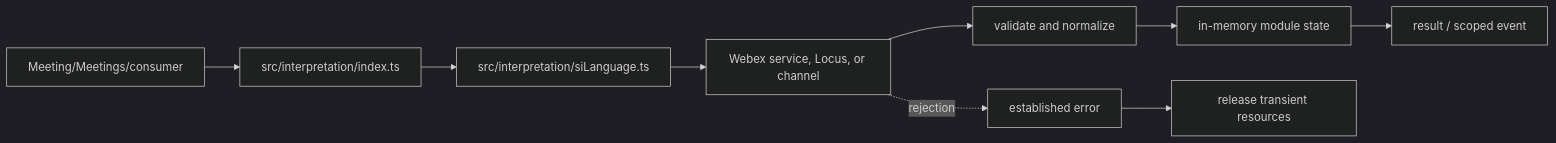
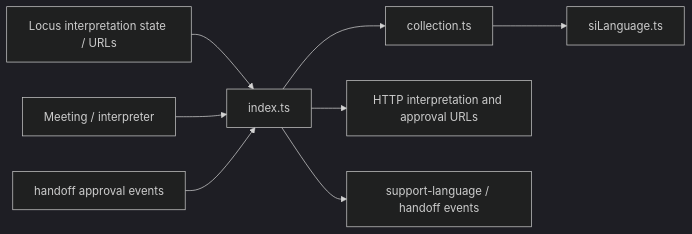
One commit to webex/webex-js-sdk changed the first of 5 diagrams in packages/@webex/plugin-meetings/src/interpretation/ai-docs/interpretation-spec.md. Above: the diagram before and after it, drawn with Mermaid (dark theme). The commit also changed other lines of this file and 26 other files, not shown here.

````diff
--- a/packages/@webex/plugin-meetings/src/interpretation/ai-docs/interpretation-spec.md
+++ b/packages/@webex/plugin-meetings/src/interpretation/ai-docs/interpretation-spec.md
@@ -96,11 +102,10 @@
 ```mermaid
 flowchart LR
-  Caller[Meeting/Meetings/consumer] --> Entry[src/interpretation/index.ts]
-  Entry --> Support[src/interpretation/siLanguage.ts]
-  Support --> Boundary[Webex service, Locus, or channel]
-  Boundary --> Normalize[validate and normalize]
-  Normalize --> State[in-memory module state]
-  State --> Output[result / scoped event]
-  Boundary -. rejection .-> Error[established error]
-  Error --> Cleanup[release transient resources]
+  Locus[Locus interpretation state / URLs] --> Controller[index.ts]
+  Controller --> Languages[collection.ts]
+  Languages --> Language[siLanguage.ts]
+  Caller[Meeting / interpreter] --> Controller
+  Controller --> Service[HTTP interpretation and approval URLs]
+  Mercury[handoff approval events] --> Controller
+  Controller --> Events[support-language / handoff events]
 ```
````
